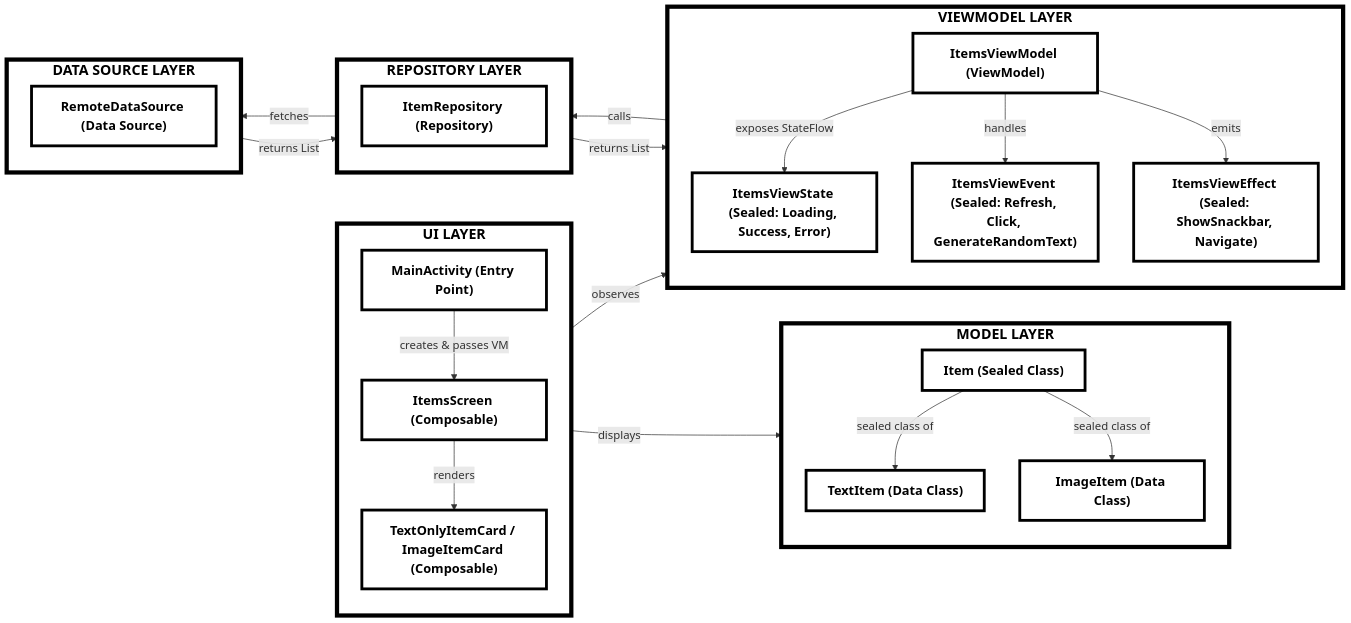
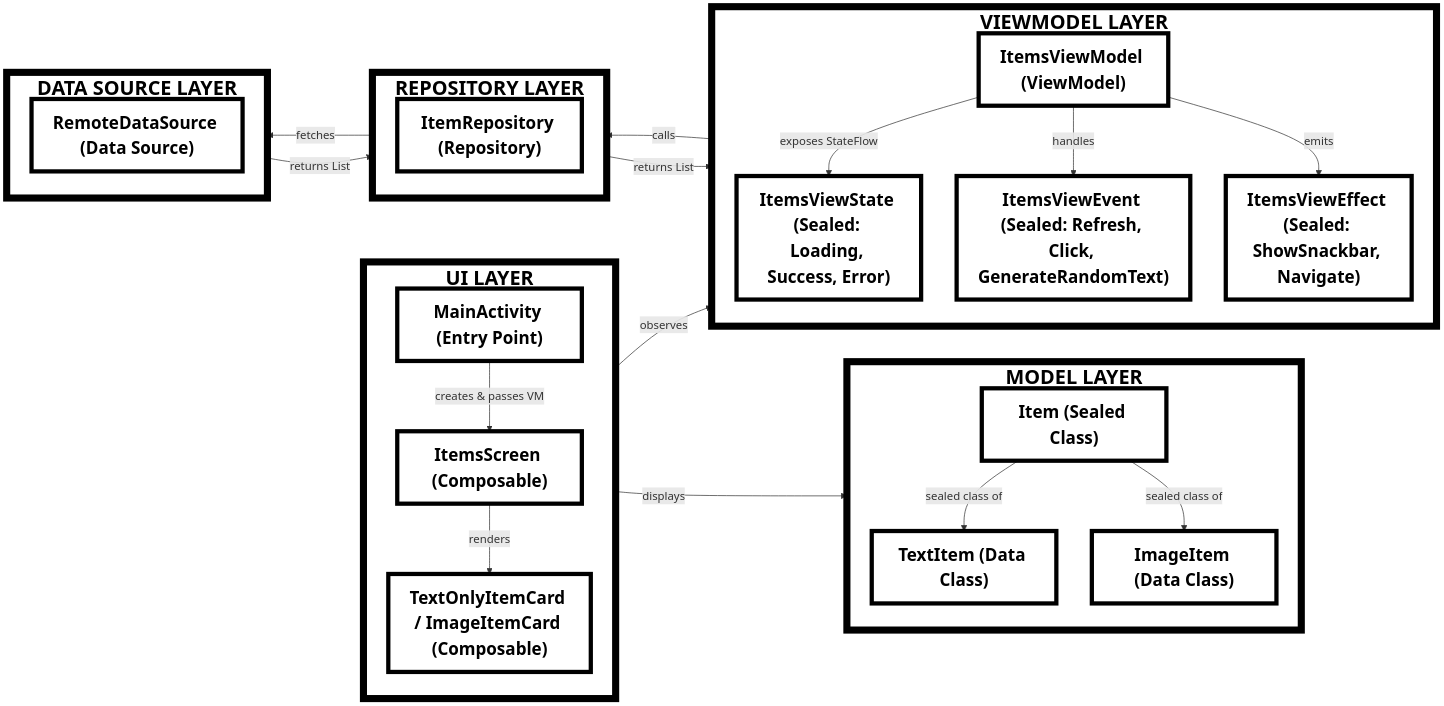
Before and after one commit to free5ty1e/android-coding-reference: the diagram in diagrams/architectural/mvvmWithComposeAndUsf.mmd, drawn with Mermaid.

Commit message:
Updated diagram

```diff
--- a/diagrams/architectural/mvvmWithComposeAndUsf.mmd
+++ b/diagrams/architectural/mvvmWithComposeAndUsf.mmd
@@ -1,59 +1,59 @@
 flowchart LR
     %% UI LAYER
     subgraph UI["UI LAYER"]
         direction TB
         MainActivity["MainActivity (Entry Point)"]
         ItemsScreen["ItemsScreen (Composable)"]
         ItemCard["TextOnlyItemCard / ImageItemCard (Composable)"]
     end
     
     %% VIEWMODEL LAYER  
     subgraph VM["VIEWMODEL LAYER"]
         direction TB
         ItemsViewModel["ItemsViewModel (ViewModel)"]
         ViewState["ItemsViewState (Sealed: Loading, Success, Error)"]
         ViewEvent["ItemsViewEvent (Sealed: Refresh, Click, GenerateRandomText)"]
         ViewEffect["ItemsViewEffect (Sealed: ShowSnackbar, Navigate)"]
     end
     
     %% REPOSITORY LAYER
     subgraph REPO["REPOSITORY LAYER"]
         direction TB
         ItemRepository["ItemRepository (Repository)"]
     end
     
     %% DATA SOURCE LAYER
     subgraph DS["DATA SOURCE LAYER"]
         direction TB
         RemoteDataSource["RemoteDataSource (Data Source)"]
     end
     
     %% MODEL LAYER
     subgraph MODEL["MODEL LAYER"]
         direction TB
         Item["Item (Sealed Class)"]
         TextItem["TextItem (Data Class)"]
         ImageItem["ImageItem (Data Class)"]
     end
     
     %% CONNECTIONS
     MainActivity -->|"creates & passes VM"| ItemsScreen
     ItemsScreen -->|"observes"| ItemsViewModel
     ItemsScreen -->|"renders"| ItemCard
     ItemCard -->|"displays"| Item
     ItemsViewModel -->|"exposes StateFlow"| ViewState
     ItemsViewModel -->|"handles"| ViewEvent  
     ItemsViewModel -->|"emits"| ViewEffect
     ItemsViewModel -->|"calls"| ItemRepository
     ItemRepository -->|"fetches"| RemoteDataSource
     RemoteDataSource -->|"returns List<Item>"| ItemRepository
     ItemRepository -->|"returns List<Item>"| ItemsViewModel
     Item -->|"sealed class of"| TextItem
     Item -->|"sealed class of"| ImageItem
     
     %% STYLING - LARGER TEXT FOR BETTER UTILIZATION
-    classDef nodeStyle fill:#ffffff,stroke:#000000,stroke-width:4px,color:#000000,font-size:18px,font-weight:bold
-    classDef groupStyle fill:#ffffff,stroke:#000000,stroke-width:6px,color:#000000,font-size:20px,font-weight:bold
+    classDef nodeStyle fill:#ffffff,stroke:#000000,stroke-width:6px,color:#000000,font-size:24px,font-weight:bold
+    classDef groupStyle fill:#ffffff,stroke:#000000,stroke-width:10px,color:#000000,font-size:28px,font-weight:bold
     
     class MainActivity,ItemsScreen,ItemCard,ItemsViewModel,ViewState,ViewEvent,ViewEffect,ItemRepository,RemoteDataSource,Item,TextItem,ImageItem nodeStyle
     class UI,VM,REPO,DS,MODEL groupStyle
```
